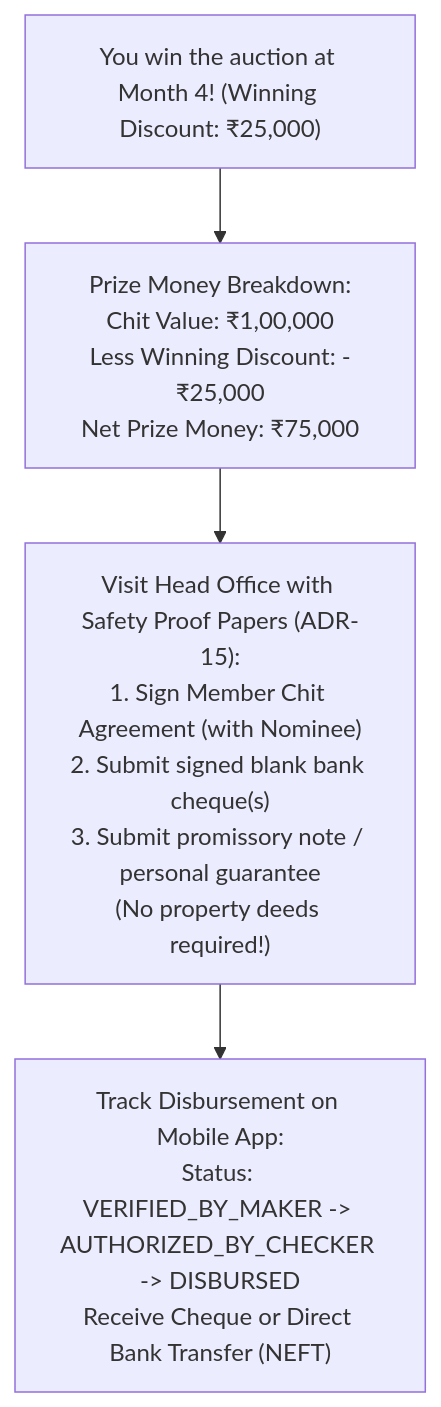
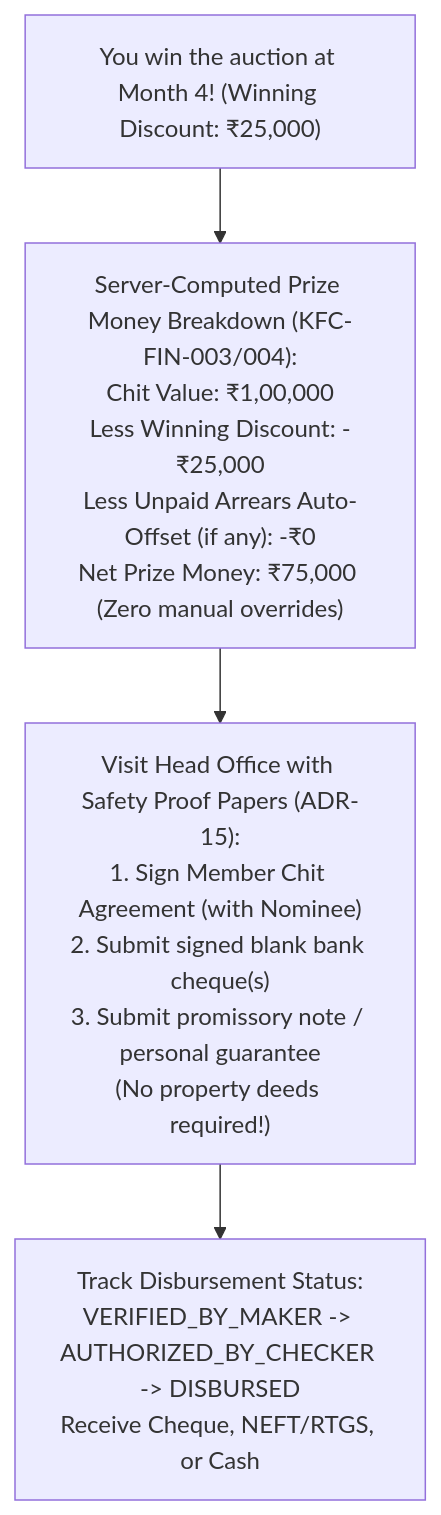
Before and after one commit to Kathir-24/Kumaran-finance: the seventh of 10 diagrams in docs/07-operations/user-manuals/customer-app-guide.md, drawn with Mermaid. The commit also changed other lines of this file and 4 other files, not shown here.

````diff
--- a/docs/07-operations/user-manuals/customer-app-guide.md
+++ b/docs/07-operations/user-manuals/customer-app-guide.md
@@ -167,6 +170,6 @@
 ```mermaid
 flowchart TD
-    Win["You win the auction at Month 4! (Winning Discount: ₹25,000)"] --> PrizeCalc["Prize Money Breakdown:\nChit Value: ₹1,00,000\nLess Winning Discount: -₹25,000\nNet Prize Money: ₹75,000"]
+    Win["You win the auction at Month 4! (Winning Discount: ₹25,000)"] --> PrizeCalc["Server-Computed Prize Money Breakdown (KFC-FIN-003/004):\nChit Value: ₹1,00,000\nLess Winning Discount: -₹25,000\nLess Unpaid Arrears Auto-Offset (if any): -₹0\nNet Prize Money: ₹75,000 (Zero manual overrides)"]
     PrizeCalc --> Checklist["Visit Head Office with Safety Proof Papers (ADR-15):\n1. Sign Member Chit Agreement (with Nominee)\n2. Submit signed blank bank cheque(s)\n3. Submit promissory note / personal guarantee\n(No property deeds required!)"]
-    Checklist --> Tracking["Track Disbursement on Mobile App:\nStatus: VERIFIED_BY_MAKER -> AUTHORIZED_BY_CHECKER -> DISBURSED\nReceive Cheque or Direct Bank Transfer (NEFT)"]
+    Checklist --> Tracking["Track Disbursement Status:\nVERIFIED_BY_MAKER -> AUTHORIZED_BY_CHECKER -> DISBURSED\nReceive Cheque, NEFT/RTGS, or Cash"]
 ```
````
